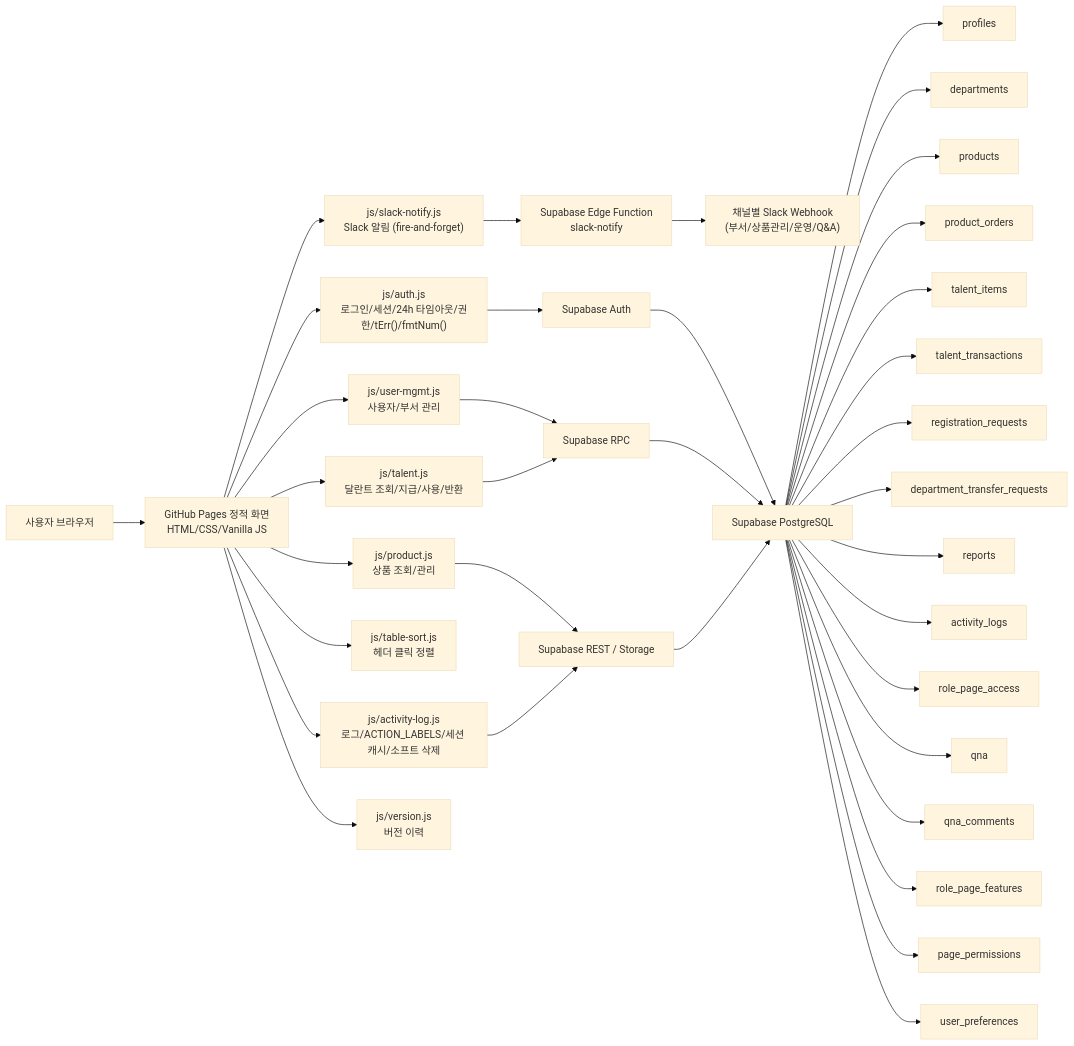
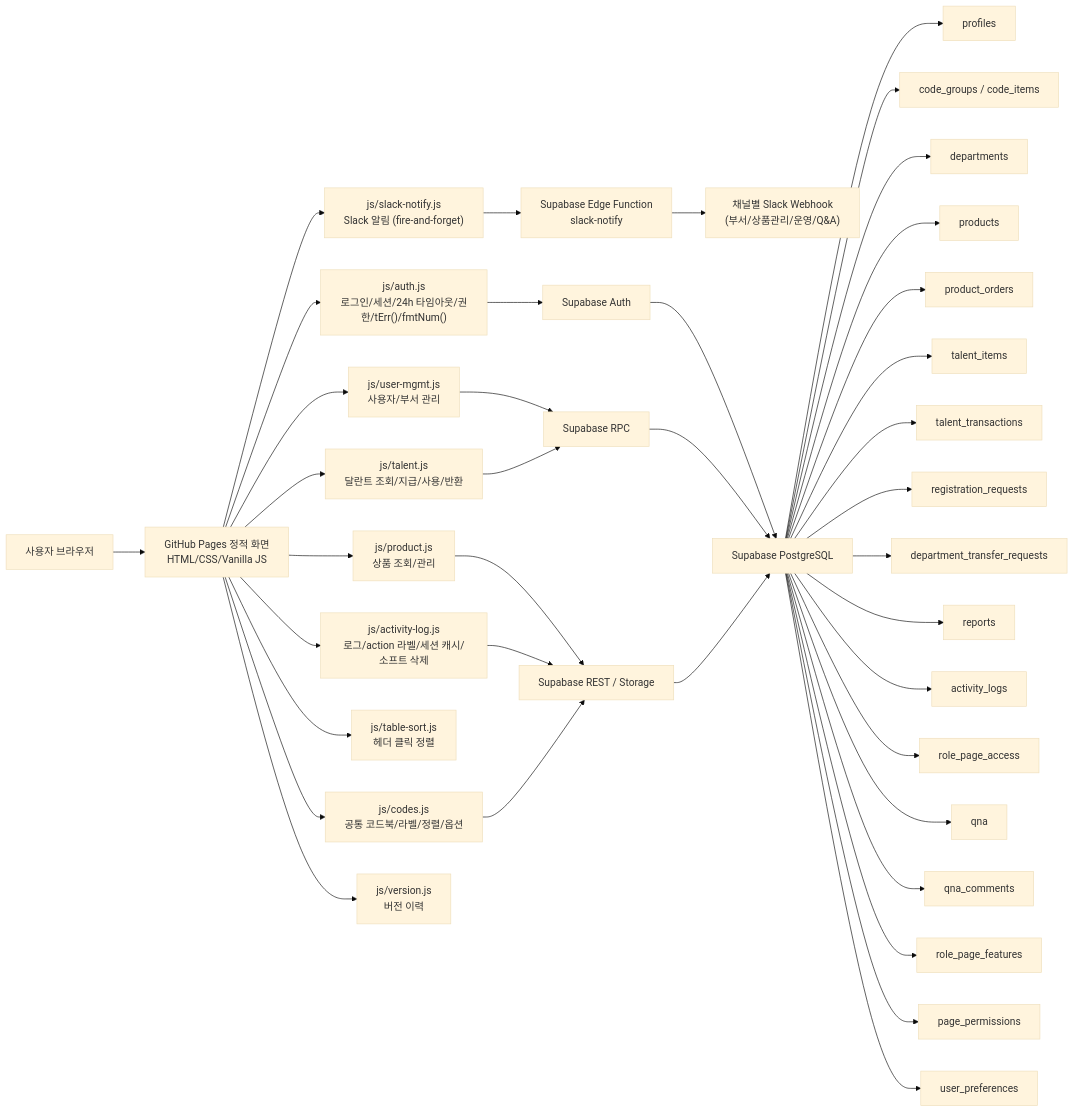
One commit to CHO-Talents/CHO-Talents changed the first of 15 diagrams in docs/PROJECT_ARCHITECTURE_FLOW.md. Above: the diagram before and after it, drawn with Mermaid (base theme). The commit also changed other lines of this file and 53 other files, not shown here.

````diff
--- a/docs/PROJECT_ARCHITECTURE_FLOW.md
+++ b/docs/PROJECT_ARCHITECTURE_FLOW.md
@@ -25,43 +26,46 @@
 ```mermaid
 flowchart LR
   User["사용자 브라우저"] --> Pages["GitHub Pages 정적 화면<br/>HTML/CSS/Vanilla JS"]
 
   Pages --> AuthJS["js/auth.js<br/>로그인/세션/24h 타임아웃/권한/tErr()/fmtNum()"]
-  Pages --> LogJS["js/activity-log.js<br/>로그/ACTION_LABELS/세션 캐시/소프트 삭제"]
+  Pages --> LogJS["js/activity-log.js<br/>로그/action 라벨/세션 캐시/소프트 삭제"]
+  Pages --> CodesJS["js/codes.js<br/>공통 코드북/라벨/정렬/옵션"]
   Pages --> UserMgmt["js/user-mgmt.js<br/>사용자/부서 관리"]
   Pages --> TalentJS["js/talent.js<br/>달란트 조회/지급/사용/반환"]
   Pages --> ProductJS["js/product.js<br/>상품 조회/관리"]
   Pages --> TableSortJS["js/table-sort.js<br/>헤더 클릭 정렬"]
   Pages --> SlackJS["js/slack-notify.js<br/>Slack 알림 (fire-and-forget)"]
   Pages --> VersionJS["js/version.js<br/>버전 이력"]
 
   SlackJS --> EdgeFn["Supabase Edge Function<br/>slack-notify"]
   EdgeFn --> Slack["채널별 Slack Webhook<br/>(부서/상품관리/운영/Q&A)"]
 
   AuthJS --> Auth["Supabase Auth"]
   UserMgmt --> RPC["Supabase RPC"]
   TalentJS --> RPC
   ProductJS --> Rest["Supabase REST / Storage"]
   LogJS --> Rest
+  CodesJS --> Rest
 
   Auth --> DB["Supabase PostgreSQL"]
   RPC --> DB
   Rest --> DB
 
   DB --> Profiles["profiles"]
+  DB --> Codes["code_groups / code_items"]
   DB --> Departments["departments"]
   DB --> Products["products"]
   DB --> Orders["product_orders"]
   DB --> Items["talent_items"]
   DB --> Transactions["talent_transactions"]
   DB --> Requests["registration_requests"]
   DB --> Transfers["department_transfer_requests"]
   DB --> Reports["reports"]
   DB --> Logs["activity_logs"]
   DB --> RoleAccess["role_page_access"]
   DB --> QnA["qna"]
   DB --> QnAComments["qna_comments"]
   DB --> RoleFeatures["role_page_features"]
   DB --> PagePerms["page_permissions"]
   DB --> UserPrefs["user_preferences"]
 ```
````
